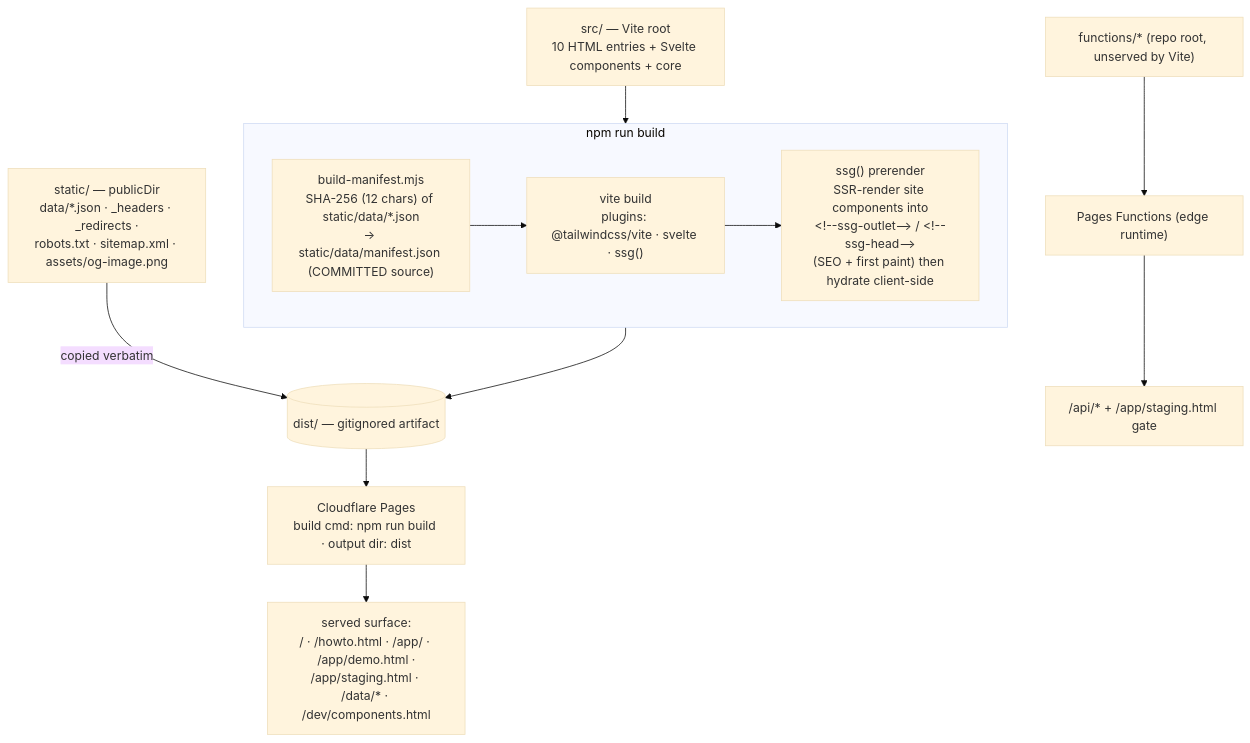
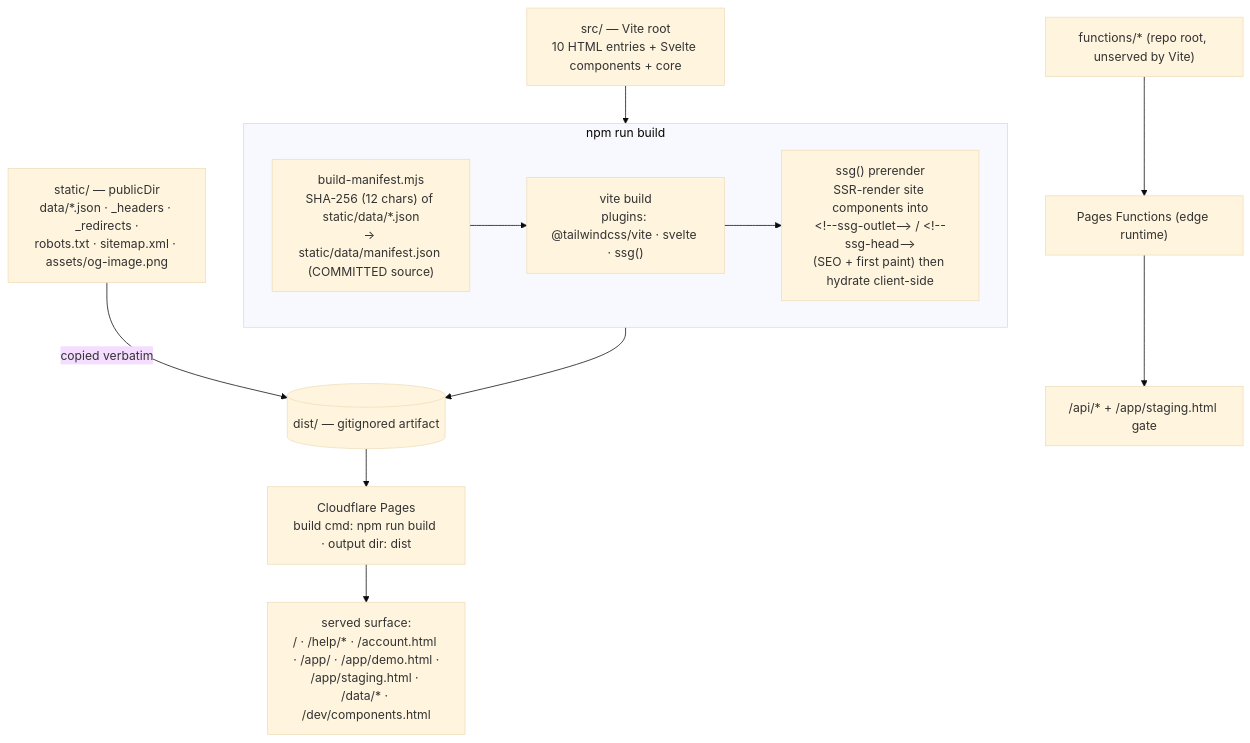
Before and after one commit to mitchGuthrieDev/blotterbook: the diagram in docs/architecture-diagrams/build-and-deploy.md, drawn with Mermaid (base theme). The commit also changed other lines of this file and 53 other files, not shown here.

````diff
--- a/docs/architecture-diagrams/build-and-deploy.md
+++ b/docs/architecture-diagrams/build-and-deploy.md
@@ -11,21 +11,21 @@
 ```mermaid
 flowchart TD
     SRC["src/ — Vite root<br/>10 HTML entries + Svelte components + core"]
     STATIC["static/ — publicDir<br/>data/*.json · _headers · _redirects ·<br/>robots.txt · sitemap.xml · assets/og-image.png"]
 
     subgraph BUILD["npm run build"]
         BM["build-manifest.mjs<br/>SHA-256 (12 chars) of static/data/*.json<br/>→ static/data/manifest.json (COMMITTED source)"]
         VITE["vite build<br/>plugins: @tailwindcss/vite · svelte · ssg()"]
         SSG["ssg() prerender<br/>SSR-render site components into<br/>&lt;!--ssg-outlet--&gt; / &lt;!--ssg-head--&gt;<br/>(SEO + first paint) then hydrate client-side"]
         BM --> VITE --> SSG
     end
 
     SRC --> BUILD
     STATIC -->|"copied verbatim"| DIST
     BUILD --> DIST[("dist/ — gitignored artifact")]
 
     DIST --> PAGES["Cloudflare Pages<br/>build cmd: npm run build · output dir: dist"]
     FUNCS["functions/* (repo root, unserved by Vite)"] --> EDGE["Pages Functions (edge runtime)"]
-    PAGES --> CDN["served surface:<br/>/ · /howto.html · /app/ · /app/demo.html ·<br/>/app/staging.html · /data/* · /dev/components.html"]
+    PAGES --> CDN["served surface:<br/>/ · /help/* · /account.html · /app/ · /app/demo.html ·<br/>/app/staging.html · /data/* · /dev/components.html"]
     EDGE --> CDN2["/api/* + /app/staging.html gate"]
 ```
````
